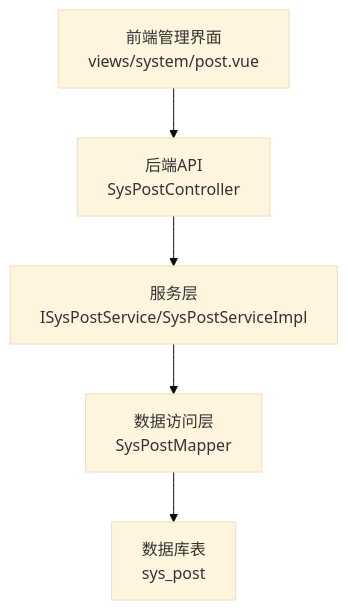
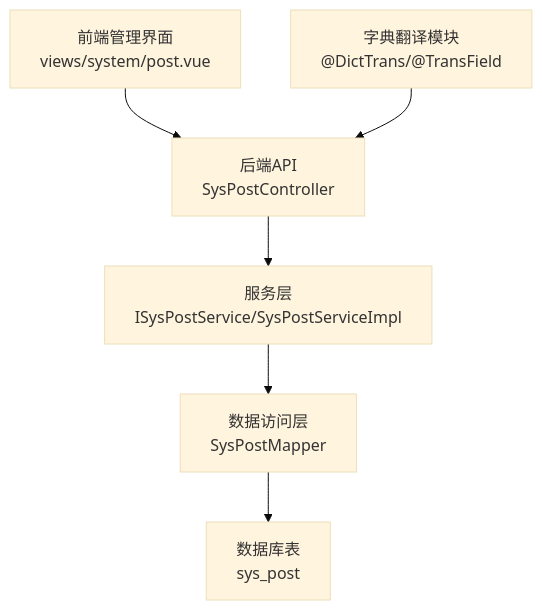
One commit to yaomindong1996/forge-admin changed the first of 9 diagrams in .qoder/repowiki/zh/content/核心功能模块/系统管理/岗位管理.md. Above: the diagram before and after it, drawn with Mermaid (base theme). The commit also changed other lines of this file and 7 other files, not shown here.

````diff
--- a/.qoder/repowiki/zh/content/核心功能模块/系统管理/岗位管理.md
+++ b/.qoder/repowiki/zh/content/核心功能模块/系统管理/岗位管理.md
@@ -36,7 +50,8 @@
 ```mermaid
 graph TB
 FE["前端管理界面<br/>views/system/post.vue"] --> API["后端API<br/>SysPostController"]
 API --> SVC["服务层<br/>ISysPostService/SysPostServiceImpl"]
 SVC --> MAPPER["数据访问层<br/>SysPostMapper"]
 MAPPER --> DB["数据库表<br/>sys_post"]
+TRANS["字典翻译模块<br/>@DictTrans/@TransField"] --> API
 ```
````
